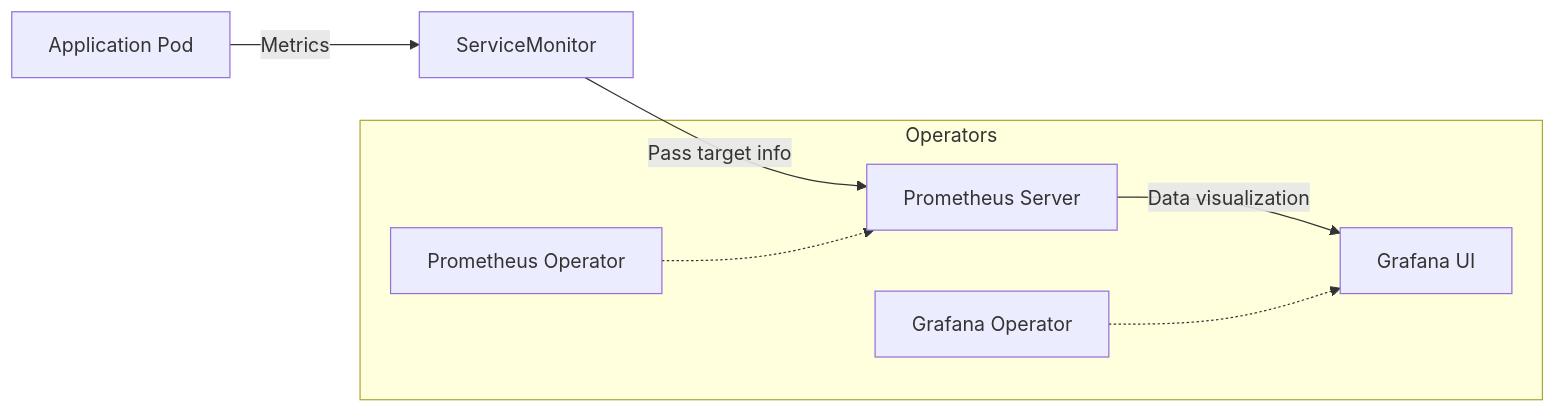
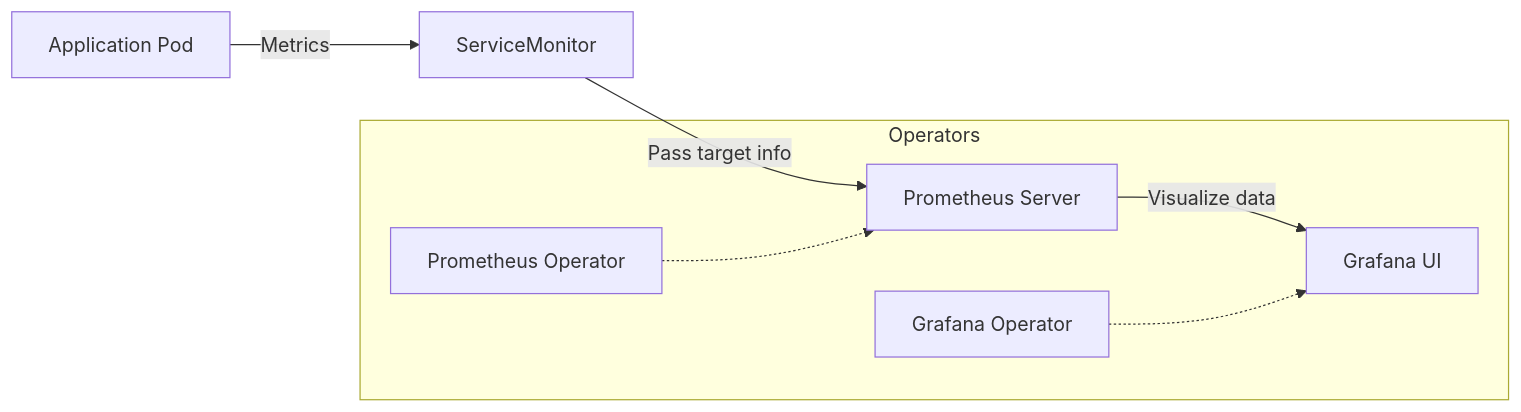
The first of 2 diagrams in content/operator/45-prometheus-grafana-operator-install.md (jeonck/k8s-adv), drawn with Mermaid before and after one commit. The commit also changed other lines of this file and 53 other files, not shown here.

````diff
--- a/content/operator/45-prometheus-grafana-operator-install.md
+++ b/content/operator/45-prometheus-grafana-operator-install.md
@@ -25,11 +25,11 @@
 ```mermaid
 graph LR
     App[Application Pod] -- "Metrics" --> SM[ServiceMonitor]
     SM -- "Pass target info" --> PROM[Prometheus Server]
-    PROM -- "Data visualization" --> GRAF[Grafana UI]
+    PROM -- "Visualize data" --> GRAF[Grafana UI]
     
     subgraph Operators
     PO[Prometheus Operator] -.-> PROM
     GO[Grafana Operator] -.-> GRAF
     end
 ```
````
